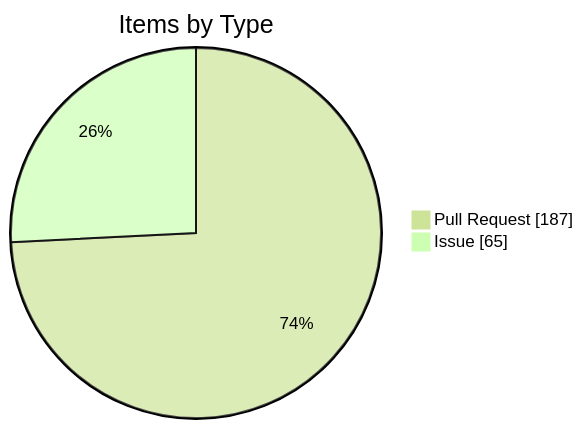
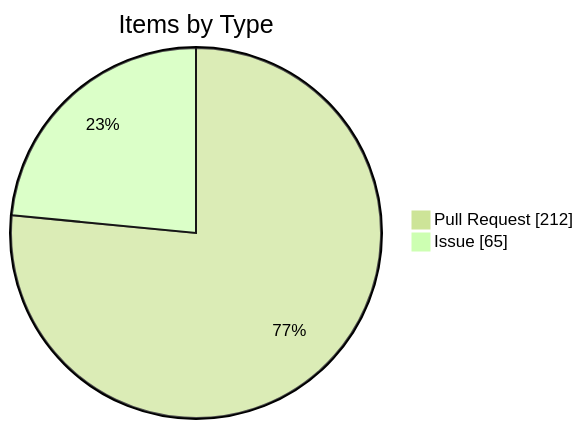
The fourth of 4 diagrams in apps/kbve/astro-kbve/src/content/docs/dashboard/kanban-data.mdx (KBVE/kbve), drawn with Mermaid (forest theme) before and after one commit. The commit also changed other lines of this file and 8 other files, not shown here.

````diff
--- a/apps/kbve/astro-kbve/src/content/docs/dashboard/kanban-data.mdx
+++ b/apps/kbve/astro-kbve/src/content/docs/dashboard/kanban-data.mdx
@@ -116,6 +115,6 @@
 ```mermaid
 pie showData
     title Items by Type
-    "Pull Request" : 187
+    "Pull Request" : 212
     "Issue" : 65
 ```
````
